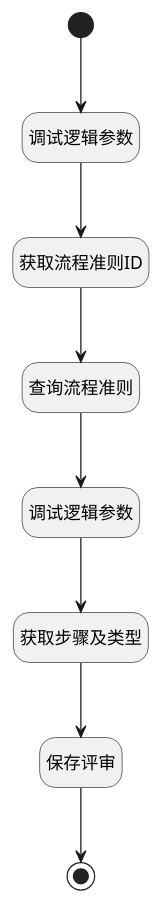
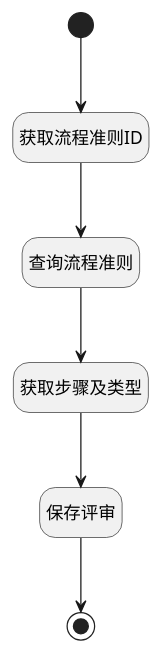
The diagram in doc/docsify/module/TestMgmt/review_wizard/logic/add_guideline_after_created.md (iBizLab/plm), drawn with PlantUML before and after one commit. The commit also changed other lines of this file and 1778 other files, not shown here.

````diff
--- a/doc/docsify/module/TestMgmt/review_wizard/logic/add_guideline_after_created.md
+++ b/doc/docsify/module/TestMgmt/review_wizard/logic/add_guideline_after_created.md
@@ -7,31 +7,27 @@
 ```plantuml
 @startuml
 hide empty description
 <style>
 root {
   HyperlinkColor #42b983
 }
 </style>
 
 hide empty description
 state "开始" as Begin <<start>> [[$./add_guideline_after_created#begin {"开始"}]]
-state "调试逻辑参数" as DEBUGPARAM2  [[$./add_guideline_after_created#debugparam2 {"调试逻辑参数"}]]
 state "获取流程准则ID" as PREPAREPARAM3  [[$./add_guideline_after_created#prepareparam3 {"获取流程准则ID"}]]
 state "查询流程准则" as DEACTION1  [[$./add_guideline_after_created#deaction1 {"查询流程准则"}]]
-state "调试逻辑参数" as DEBUGPARAM1  [[$./add_guideline_after_created#debugparam1 {"调试逻辑参数"}]]
 state "获取步骤及类型" as PREPAREPARAM2  [[$./add_guideline_after_created#prepareparam2 {"获取步骤及类型"}]]
 state "保存评审" as DEACTION2  [[$./add_guideline_after_created#deaction2 {"保存评审"}]]
 state "结束" as END1 <<end>> [[$./add_guideline_after_created#end1 {"结束"}]]
 
 
-Begin --> DEBUGPARAM2
-DEBUGPARAM2 --> PREPAREPARAM3
+Begin --> PREPAREPARAM3
 PREPAREPARAM3 --> DEACTION1
-DEACTION1 --> DEBUGPARAM1
-DEBUGPARAM1 --> PREPAREPARAM2
+DEACTION1 --> PREPAREPARAM2
 PREPAREPARAM2 --> DEACTION2
 DEACTION2 --> END1
 
 
 @enduml
 ```
````
